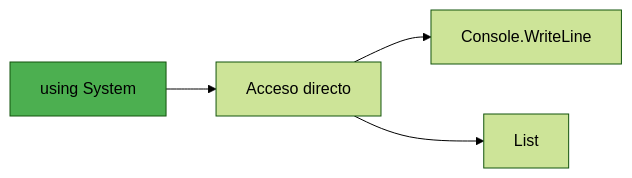
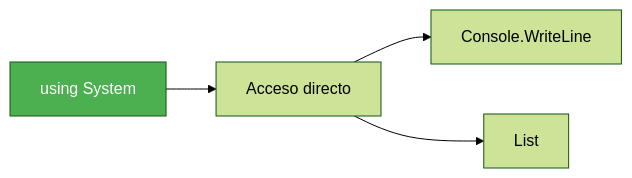
Before and after one commit to joseluisgs/DesarrolloWebEntornosServidor-01-2026-2027: the eighth of 13 diagrams in csharp_inicial/02-GestionProyectos.md, drawn with Mermaid (forest theme). The commit also changed other lines of this file and 66 other files, not shown here.

First line of the commit message:
fix: normalizar titulos al castellano de frase y corregir la paleta de mermaid

````diff
--- a/csharp_inicial/02-GestionProyectos.md
+++ b/csharp_inicial/02-GestionProyectos.md
@@ -447,8 +447,8 @@
 ```mermaid
 flowchart LR
     A["using System"] --> B["Acceso directo"]
     B --> C["Console.WriteLine"]
     B --> D["List<T>"]
     
-    style A fill:#4CAF50
+    style A fill:#4CAF50,color:#fff
 ```
````
